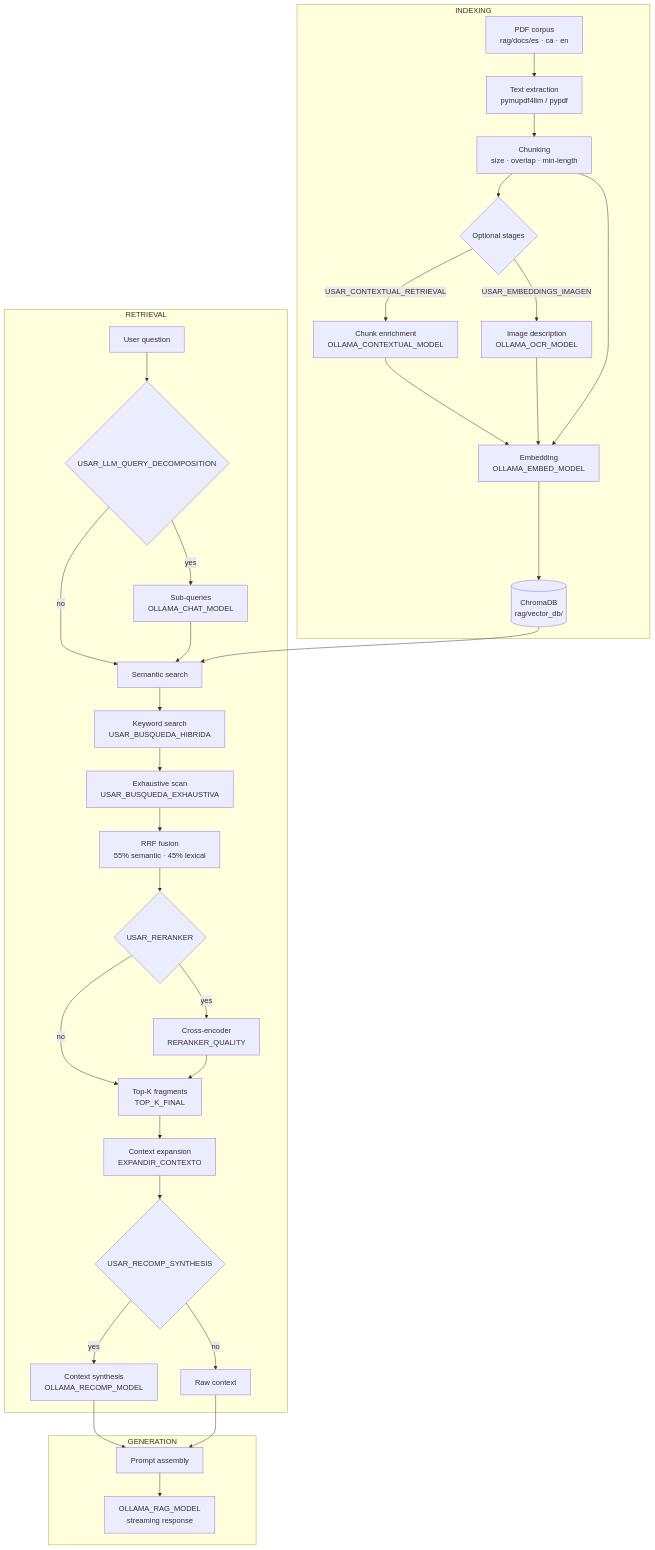
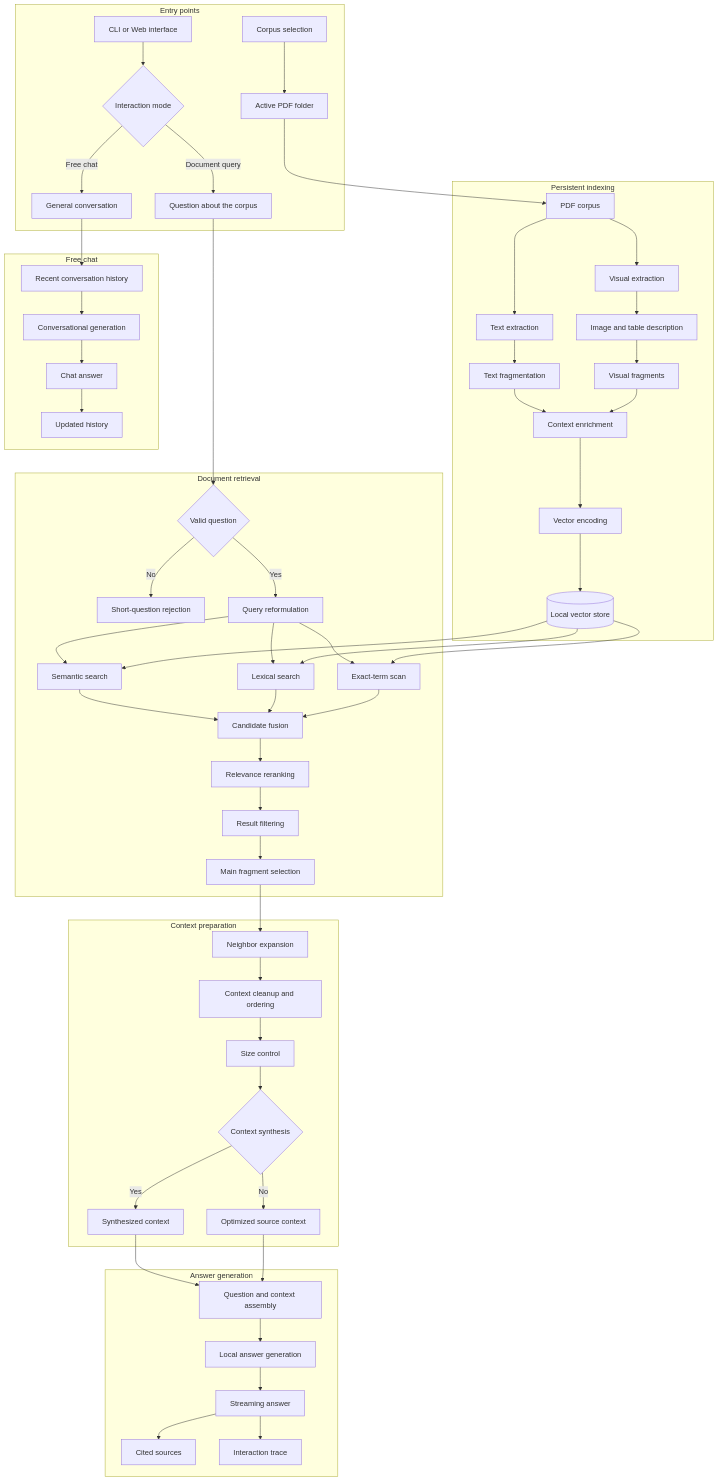
Before and after one commit to iDiagoValeta/localOllamaRAG: the diagram in README.md, drawn with Mermaid.

Commit message:
Update architecture diagram

````diff
--- a/README.md
+++ b/README.md
@@ -51,37 +51,65 @@
 ```mermaid
 flowchart TD
-    subgraph INDEXING
-        A[PDF corpus\nrag/docs/es · ca · en] --> B[Text extraction\npymupdf4llm / pypdf]
-        B --> C[Chunking\nsize · overlap · min-length]
-        C --> D{Optional stages}
-        D -->|USAR_CONTEXTUAL_RETRIEVAL| E[Chunk enrichment\nOLLAMA_CONTEXTUAL_MODEL]
-        D -->|USAR_EMBEDDINGS_IMAGEN| F[Image description\nOLLAMA_OCR_MODEL]
-        E --> G[Embedding\nOLLAMA_EMBED_MODEL]
-        F --> G
-        C --> G
-        G --> H[(ChromaDB\nrag/vector_db/)]
+    subgraph ENTRY["Entry points"]
+        A[CLI or Web interface] --> B{Interaction mode}
+        B -->|Free chat| C[General conversation]
+        B -->|Document query| D[Question about the corpus]
+        E[Corpus selection] --> F[Active PDF folder]
     end
-    subgraph RETRIEVAL
-        I[User question] --> J{USAR_LLM_QUERY_DECOMPOSITION}
-        J -->|yes| K[Sub-queries\nOLLAMA_CHAT_MODEL]
-        J -->|no| L[Semantic search]
-        K --> L
-        L --> M[Keyword search\nUSAR_BUSQUEDA_HIBRIDA]
-        M --> M2[Exhaustive scan\nUSAR_BUSQUEDA_EXHAUSTIVA]
-        M2 --> N[RRF fusion\n55% semantic · 45% lexical]
-        N --> O{USAR_RERANKER}
-        O -->|yes| P[Cross-encoder\nRERANKER_QUALITY]
-        O -->|no| Q[Top-K fragments\nTOP_K_FINAL]
-        P --> Q
-        Q --> Q2[Context expansion\nEXPANDIR_CONTEXTO]
-        Q2 --> R{USAR_RECOMP_SYNTHESIS}
-        R -->|yes| S[Context synthesis\nOLLAMA_RECOMP_MODEL]
-        R -->|no| T[Raw context]
+
+    subgraph INDEXING["Persistent indexing"]
+        F --> I1[PDF corpus]
+        I1 --> I2[Text extraction]
+        I1 --> I3[Visual extraction]
+        I3 --> I4[Image and table description]
+        I2 --> I5[Text fragmentation]
+        I4 --> I6[Visual fragments]
+        I5 --> I7[Context enrichment]
+        I6 --> I7
+        I7 --> I8[Vector encoding]
+        I8 --> I9[(Local vector store)]
     end
-    subgraph GENERATION
-        S --> U[Prompt assembly]
-        T --> U
-        U --> V[OLLAMA_RAG_MODEL\nstreaming response]
+
+    subgraph RETRIEVAL["Document retrieval"]
+        D --> R1{Valid question}
+        R1 -->|No| R2[Short-question rejection]
+        R1 -->|Yes| R3[Query reformulation]
+        R3 --> R4[Semantic search]
+        R3 --> R5[Lexical search]
+        R3 --> R6[Exact-term scan]
+        I9 --> R4
+        I9 --> R5
+        I9 --> R6
+        R4 --> R7[Candidate fusion]
+        R5 --> R7
+        R6 --> R7
+        R7 --> R8[Relevance reranking]
+        R8 --> R9[Result filtering]
+        R9 --> R10[Main fragment selection]
     end
-    H --> L
+
+    subgraph CONTEXT["Context preparation"]
+        R10 --> X1[Neighbor expansion]
+        X1 --> X2[Context cleanup and ordering]
+        X2 --> X3[Size control]
+        X3 --> X4{Context synthesis}
+        X4 -->|Yes| X5[Synthesized context]
+        X4 -->|No| X6[Optimized source context]
+    end
+
+    subgraph GENERATION["Answer generation"]
+        X5 --> G1[Question and context assembly]
+        X6 --> G1
+        G1 --> G2[Local answer generation]
+        G2 --> G3[Streaming answer]
+        G3 --> G4[Cited sources]
+        G3 --> G5[Interaction trace]
+    end
+
+    subgraph CHAT["Free chat"]
+        C --> C1[Recent conversation history]
+        C1 --> C2[Conversational generation]
+        C2 --> C3[Chat answer]
+        C3 --> C4[Updated history]
+    end
 ```
````
